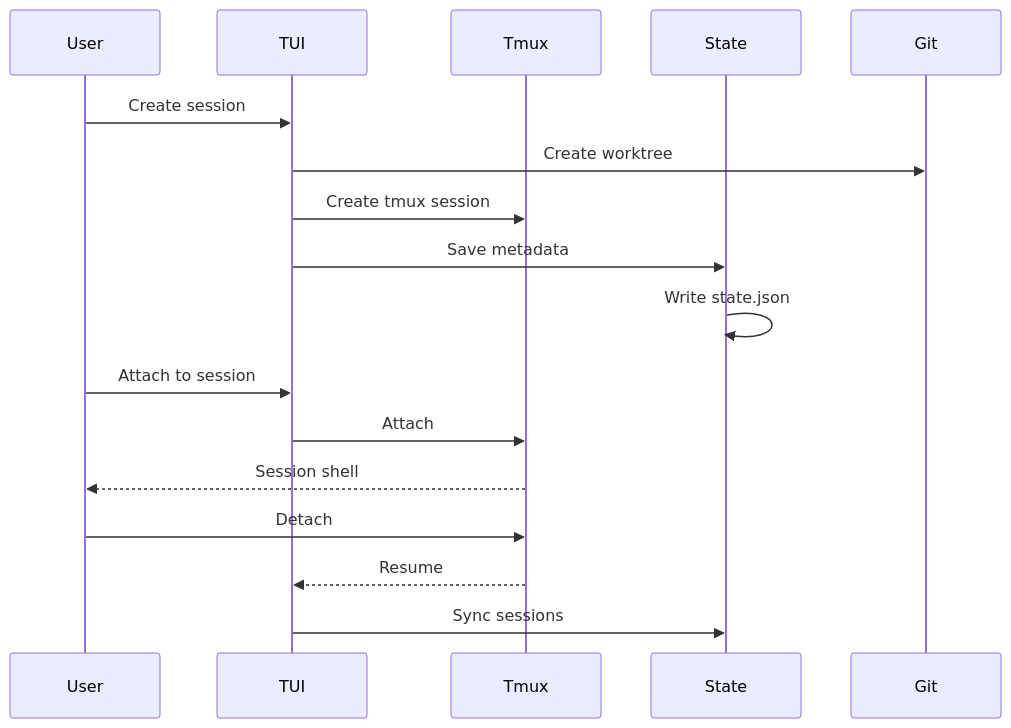
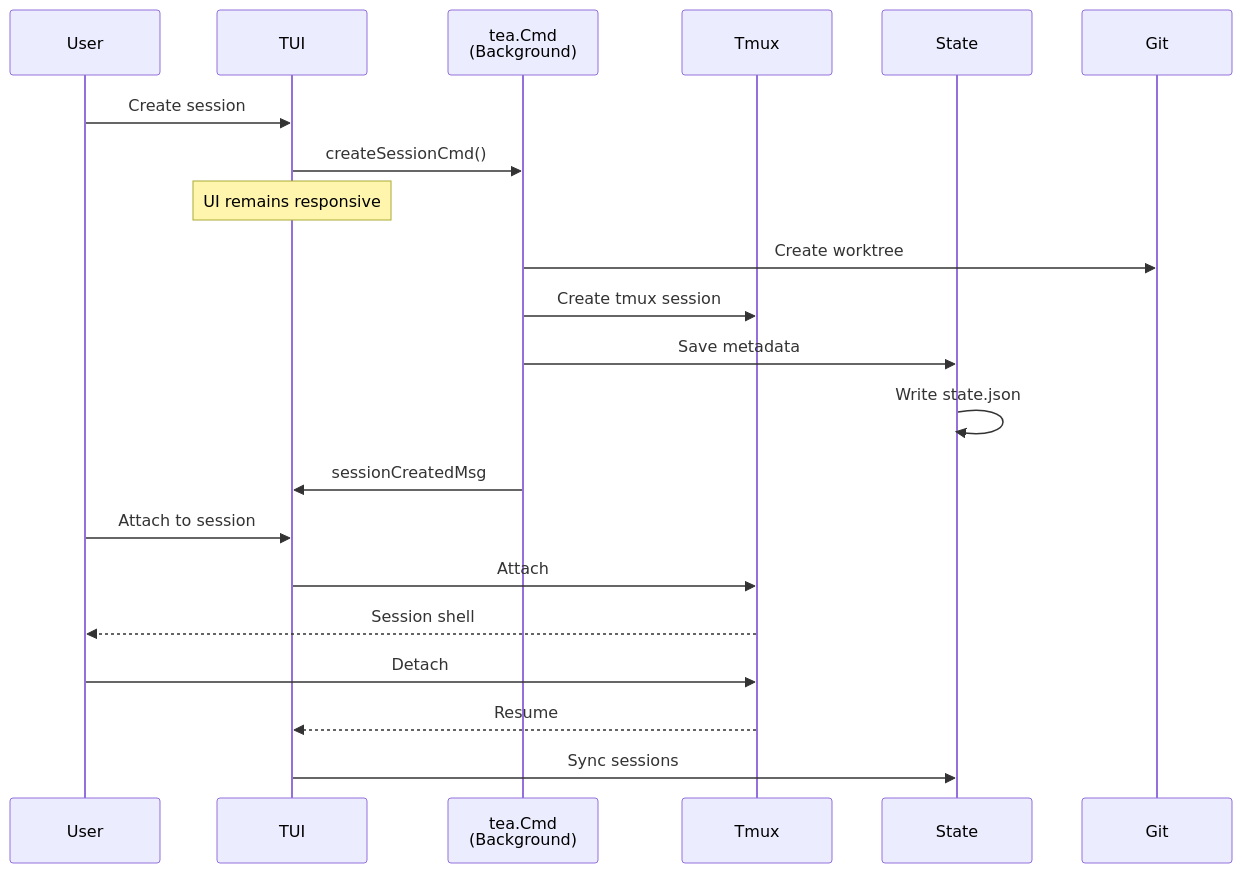
The third of 5 diagrams in ARCHITECTURE.md (renato0307/rocha), drawn with Mermaid before and after one commit. The commit also changed other lines of this file and 1 other file, not shown here.

Commit message:
fix: prevent UI freeze during session creation
Session creation now runs asynchronously using Bubble Tea's command
pattern. UI remains responsive during git operations and tmux session
setup, with an animated spinner providing feedback.

Changes:
- Move session creation to background goroutine via tea.Cmd
- Add spinner component during creation process
- Update ARCHITECTURE.md to reflect async flow

````diff
--- a/ARCHITECTURE.md
+++ b/ARCHITECTURE.md
@@ -147,22 +148,26 @@
 ```mermaid
 sequenceDiagram
     participant User
     participant TUI
+    participant Cmd as tea.Cmd<br/>(Background)
     participant Tmux
     participant State
     participant Git
 
     User->>TUI: Create session
-    TUI->>Git: Create worktree
-    TUI->>Tmux: Create tmux session
-    TUI->>State: Save metadata
+    TUI->>Cmd: createSessionCmd()
+    Note over TUI: UI remains responsive
+    Cmd->>Git: Create worktree
+    Cmd->>Tmux: Create tmux session
+    Cmd->>State: Save metadata
     State->>State: Write state.json
+    Cmd->>TUI: sessionCreatedMsg
 
     User->>TUI: Attach to session
     TUI->>Tmux: Attach
     Tmux-->>User: Session shell
 
     User->>Tmux: Detach
     Tmux-->>TUI: Resume
     TUI->>State: Sync sessions
 ```
````
